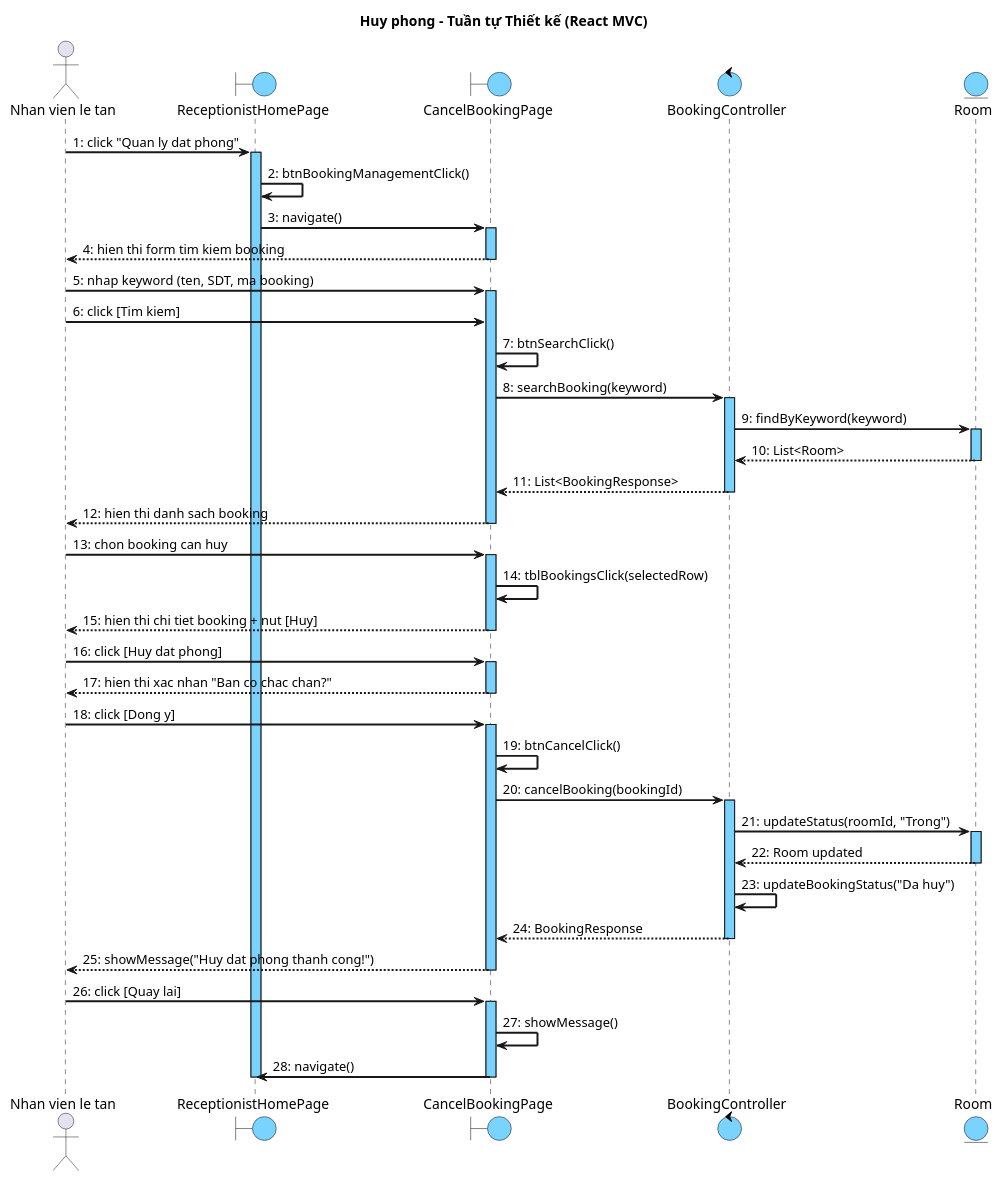
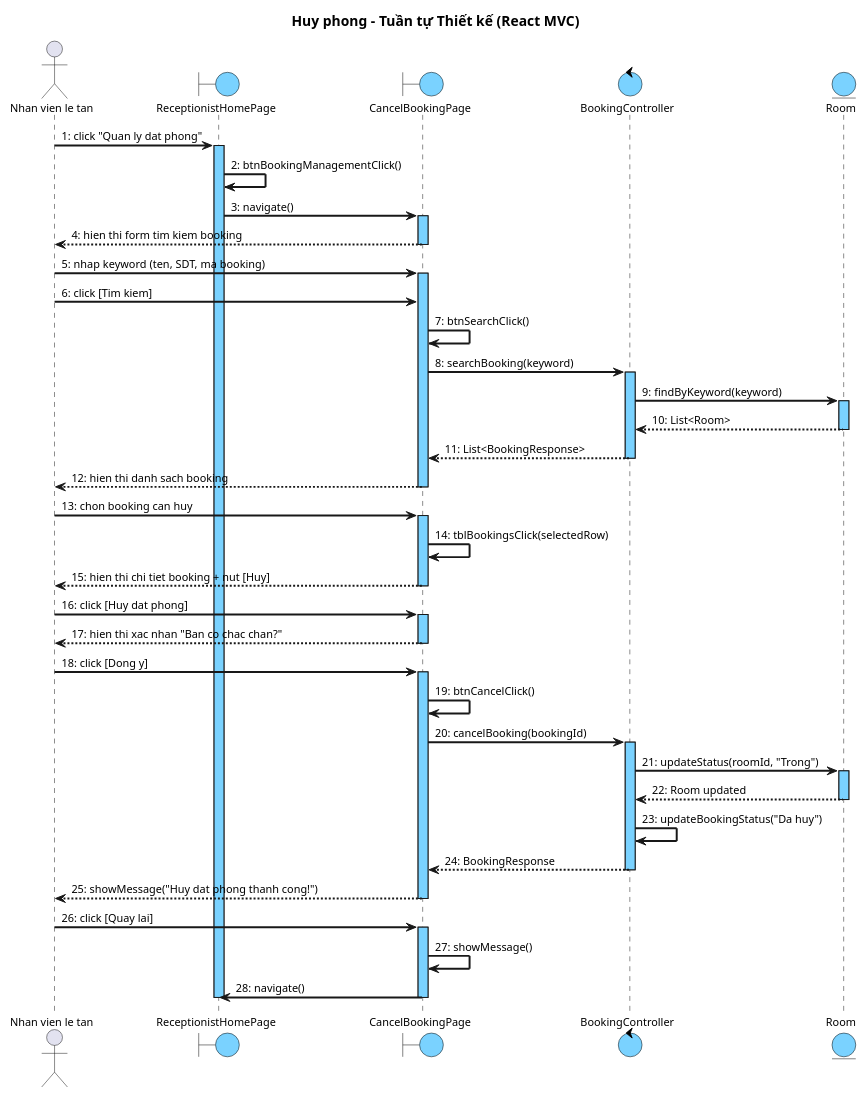
The fourth of 4 diagrams in docs/tabs/section-booking-iii.4.md (thanhtrnnn/cnpm), drawn with PlantUML before and after one commit. The commit also changed other lines of this file and 10 other files, not shown here.

First line of the commit message:
fix: heading hierarchy 4→4.1→a) b) c) + font size 11

````diff
--- a/docs/tabs/section-booking-iii.4.md
+++ b/docs/tabs/section-booking-iii.4.md
@@ -470,80 +475,81 @@
 ```plantuml
 @startuml
 skinparam shadowing false
+skinparam defaultFontSize 11
 skinparam SequenceMessageAlign left
 skinparam SequenceArrowThickness 2
 skinparam SequenceLifeLineBackgroundColor #7AD2FF
 skinparam ParticipantBackgroundColor #7AD2FF
 skinparam ParticipantBorderColor black
 skinparam BoundaryBackgroundColor #7AD2FF
 skinparam BoundaryBorderColor black
 skinparam ControlBackgroundColor #7AD2FF
 skinparam ControlBorderColor black
 skinparam EntityBackgroundColor #7AD2FF
 skinparam EntityBorderColor black
 
 title Huy phong – Tuần tự Thiết kế (React MVC)
 
 actor "Nhan vien le tan" as NV
 boundary "ReceptionistHomePage" as Home
 boundary "CancelBookingPage" as CBP
 control "BookingController" as Ctrl
 entity "Room" as Room
 
 NV -> Home : 1: click "Quan ly dat phong"
 activate Home
 Home -> Home : 2: btnBookingManagementClick()
 Home -> CBP : 3: navigate()
 activate CBP
 CBP --> NV : 4: hien thi form tim kiem booking
 deactivate CBP
 
 NV -> CBP : 5: nhap keyword (ten, SDT, ma booking)
 activate CBP
 NV -> CBP : 6: click [Tim kiem]
 CBP -> CBP : 7: btnSearchClick()
 CBP -> Ctrl : 8: searchBooking(keyword)
 activate Ctrl
 Ctrl -> Room : 9: findByKeyword(keyword)
 activate Room
 Room --> Ctrl : 10: List<Room>
 deactivate Room
 Ctrl --> CBP : 11: List<BookingResponse>
 deactivate Ctrl
 CBP --> NV : 12: hien thi danh sach booking
 deactivate CBP
 
 NV -> CBP : 13: chon booking can huy
 activate CBP
 CBP -> CBP : 14: tblBookingsClick(selectedRow)
 CBP --> NV : 15: hien thi chi tiet booking + nut [Huy]
 deactivate CBP
 
 NV -> CBP : 16: click [Huy dat phong]
 activate CBP
 CBP --> NV : 17: hien thi xac nhan "Ban co chac chan?"
 deactivate CBP
 
 NV -> CBP : 18: click [Dong y]
 activate CBP
 CBP -> CBP : 19: btnCancelClick()
 CBP -> Ctrl : 20: cancelBooking(bookingId)
 activate Ctrl
 Ctrl -> Room : 21: updateStatus(roomId, "Trong")
 activate Room
 Room --> Ctrl : 22: Room updated
 deactivate Room
 Ctrl -> Ctrl : 23: updateBookingStatus("Da huy")
 Ctrl --> CBP : 24: BookingResponse
 deactivate Ctrl
 CBP --> NV : 25: showMessage("Huy dat phong thanh cong!")
 deactivate CBP
 
 NV -> CBP : 26: click [Quay lai]
 activate CBP
 CBP -> CBP : 27: showMessage()
 CBP -> Home : 28: navigate()
 deactivate CBP
 deactivate Home
 @enduml
 ```
````
